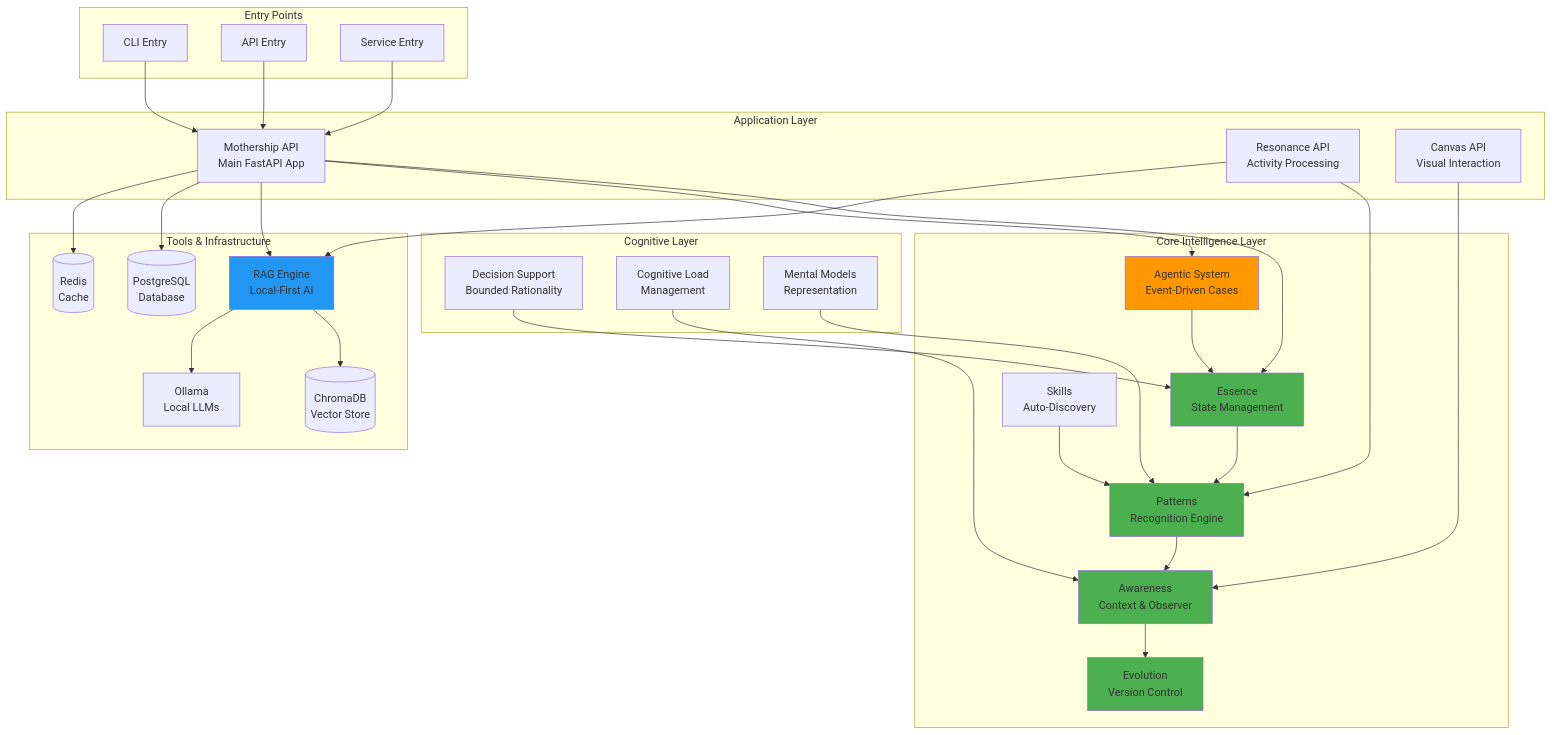
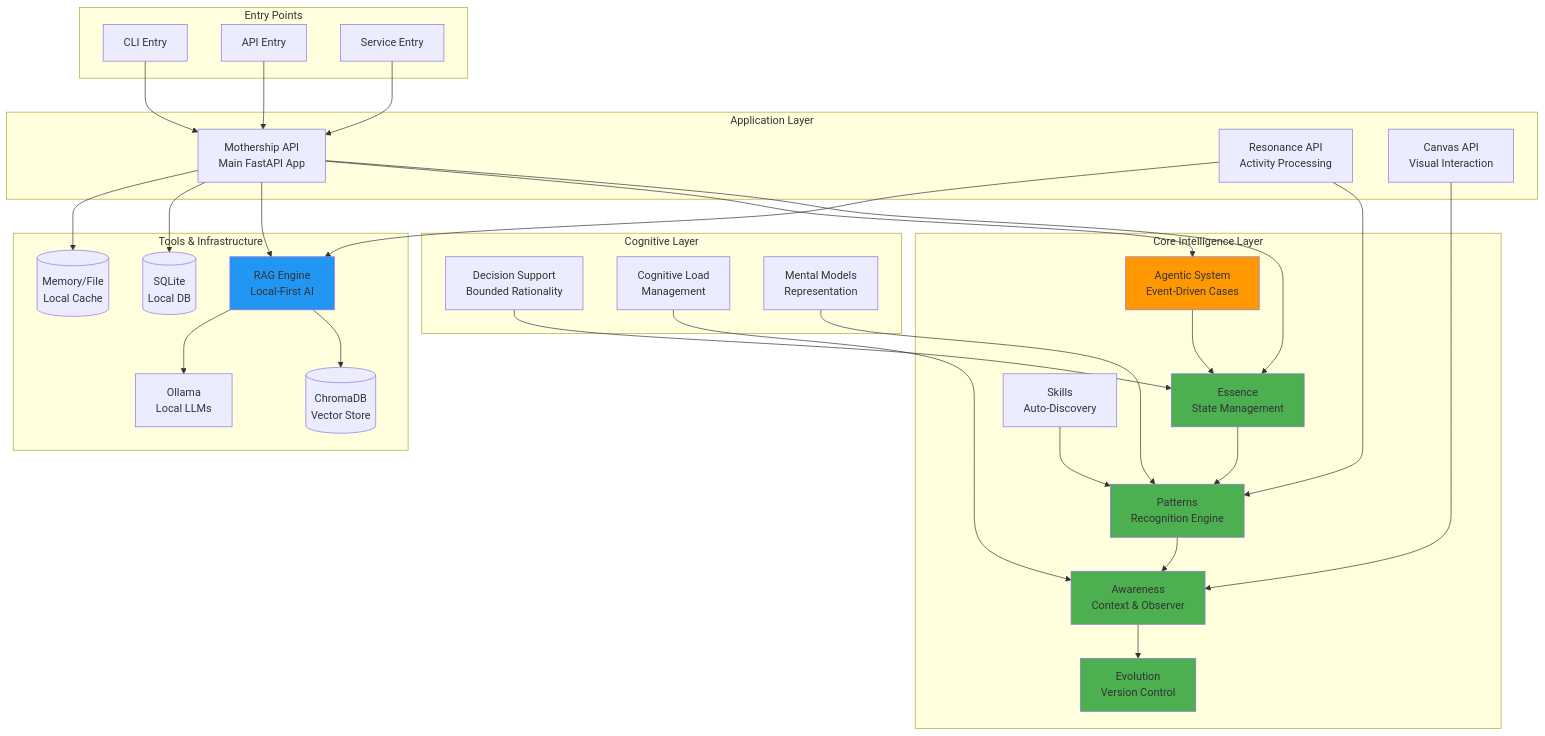
The first of 28 diagrams in docs/architecture.md (GRID-INTELLIGENCE/GRID), drawn with Mermaid before and after one commit. The commit also changed other lines of this file and 528 other files, not shown here.

````diff
--- a/docs/architecture.md
+++ b/docs/architecture.md
@@ -32,72 +32,72 @@
 ```mermaid
 graph TB
     subgraph "Entry Points"
         CLI[CLI Entry]
         API[API Entry]
         SERVICE[Service Entry]
     end
 
     subgraph "Application Layer"
         MOTHERSHIP[Mothership API<br/>Main FastAPI App]
         RESONANCE[Resonance API<br/>Activity Processing]
         CANVAS[Canvas API<br/>Visual Interaction]
     end
 
     subgraph "Core Intelligence Layer"
         ESSENCE[Essence<br/>State Management]
         PATTERNS[Patterns<br/>Recognition Engine]
         AWARENESS[Awareness<br/>Context & Observer]
         EVOLUTION[Evolution<br/>Version Control]
         SKILLS[Skills<br/>Auto-Discovery]
         AGENTIC[Agentic System<br/>Event-Driven Cases]
     end
 
     subgraph "Cognitive Layer"
         DECISION[Decision Support<br/>Bounded Rationality]
         COGNITIVE_LOAD[Cognitive Load<br/>Management]
         MENTAL_MODELS[Mental Models<br/>Representation]
     end
 
     subgraph "Tools & Infrastructure"
         RAG[RAG Engine<br/>Local-First AI]
         CHROMADB[(ChromaDB<br/>Vector Store)]
         OLLAMA[Ollama<br/>Local LLMs]
-        POSTGRES[(PostgreSQL<br/>Database)]
-        REDIS[(Redis<br/>Cache)]
+        SQLITE[(SQLite<br/>Local DB)]
+        CACHE[(Memory/File<br/>Local Cache)]
     end
 
     CLI --> MOTHERSHIP
     API --> MOTHERSHIP
     SERVICE --> MOTHERSHIP
-    
+
     MOTHERSHIP --> ESSENCE
     MOTHERSHIP --> AGENTIC
     RESONANCE --> PATTERNS
     CANVAS --> AWARENESS
-    
+
     ESSENCE --> PATTERNS
     PATTERNS --> AWARENESS
     AWARENESS --> EVOLUTION
     SKILLS --> PATTERNS
     AGENTIC --> ESSENCE
-    
+
     MOTHERSHIP --> RAG
     RESONANCE --> RAG
-    
+
     RAG --> CHROMADB
     RAG --> OLLAMA
-    
+
     DECISION --> ESSENCE
     COGNITIVE_LOAD --> AWARENESS
     MENTAL_MODELS --> PATTERNS
-    
-    MOTHERSHIP --> POSTGRES
-    MOTHERSHIP --> REDIS
+
+    MOTHERSHIP --> SQLITE
+    MOTHERSHIP --> CACHE
 
     style ESSENCE fill:#4CAF50
     style PATTERNS fill:#4CAF50
     style AWARENESS fill:#4CAF50
     style EVOLUTION fill:#4CAF50
     style RAG fill:#2196F3
     style AGENTIC fill:#FF9800
 ```
````
